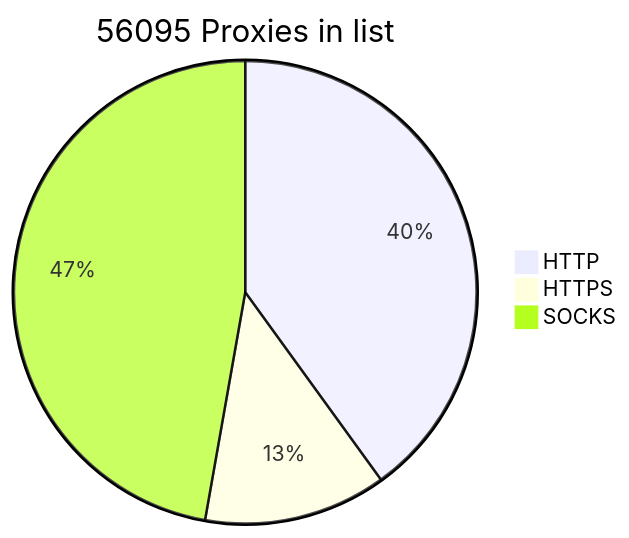
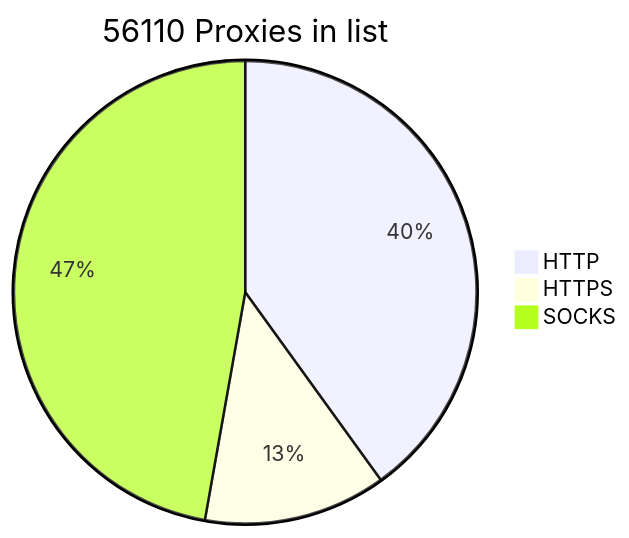
One commit to BlackSnowDot/proxylist-update-every-minute changed the diagram in README.md. Above: the diagram before and after it, drawn with Mermaid.

````diff
--- a/README.md
+++ b/README.md
@@ -2,6 +2,6 @@
 ```mermaid
-pie title 56095 Proxies in list
-    "HTTP" : 25192
+pie title 56110 Proxies in list
+    "HTTP" : 25208
     "HTTPS": 8025
-    "SOCKS" : 29715
+    "SOCKS" : 29716
 ```
````
